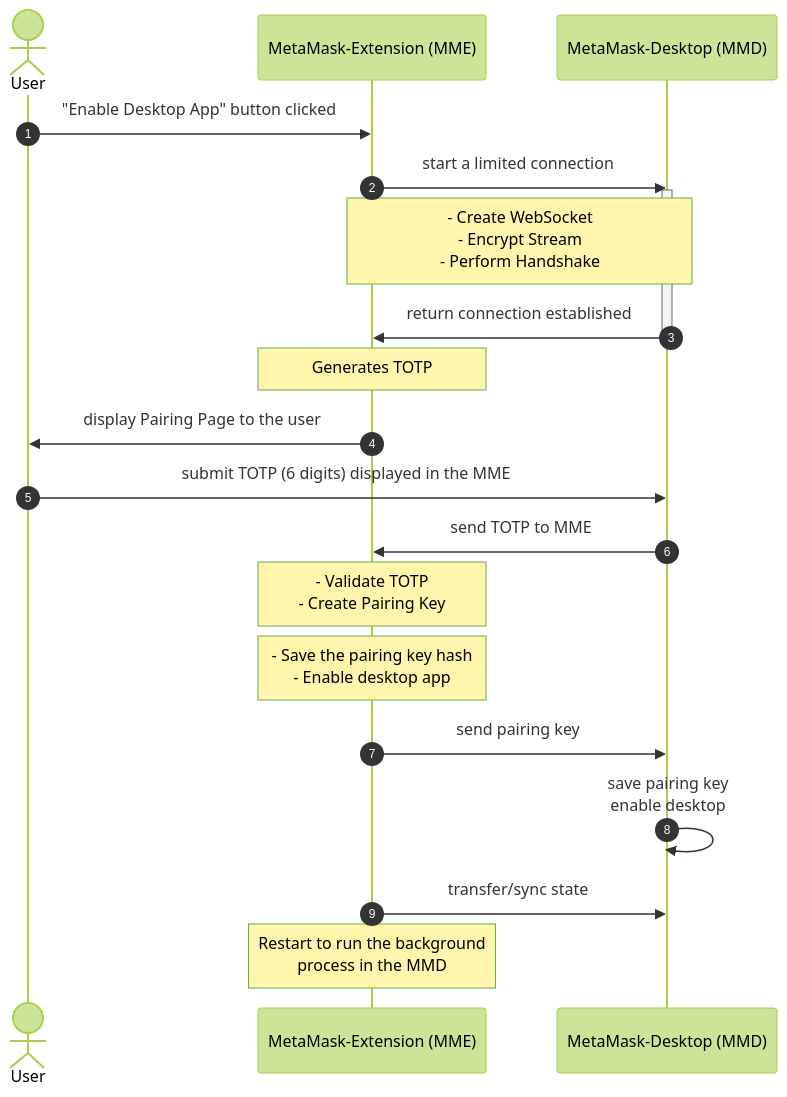
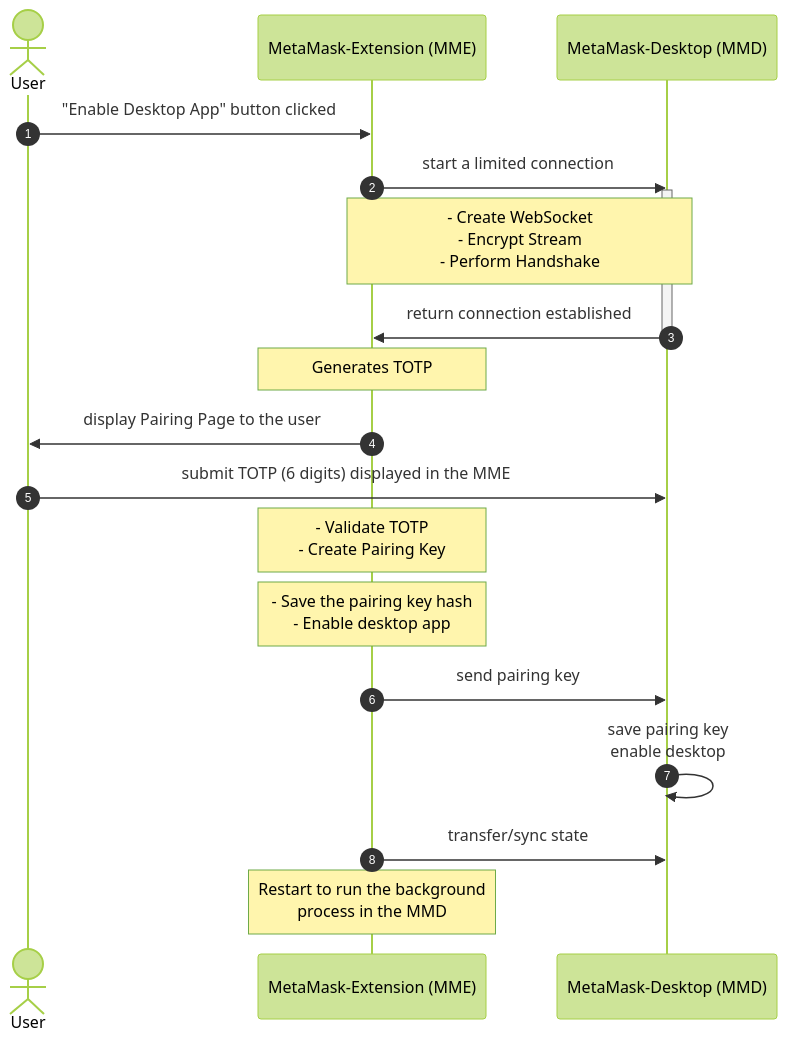
Before and after one commit to MetaMask/metamask-desktop: the diagram in docs/totp-pairing-flow.md, drawn with Mermaid (forest theme). The commit also changed other lines of this file, not shown here.

Commit message:
fix: update pairing flow documentation

````diff
--- a/docs/totp-pairing-flow.md
+++ b/docs/totp-pairing-flow.md
@@ -7,25 +7,24 @@
 ```mermaid
 sequenceDiagram
  autonumber
     actor User
     participant MME as MetaMask-Extension (MME)
     participant MMD as MetaMask-Desktop (MMD)
     User->>MME: "Enable Desktop App" button clicked
         MME->>MMD: start a limited connection
         activate MMD
         Note over MME,MMD: - Create WebSocket<br/>- Encrypt Stream<br/>- Perform Handshake
         MMD->>MME: return connection established
         deactivate MMD
         Note over MME: Generates TOTP
     MME->>User: display Pairing Page to the user
     User->>MMD: submit TOTP (6 digits) displayed in the MME
-    MMD->>MME: send TOTP to MME
     Note over MME: - Validate TOTP<br/>- Create Pairing Key
     Note over MME: - Save the pairing key hash<br/>- Enable desktop app
     MME->>MMD: send pairing key
     MMD->>MMD: save pairing key<br>enable desktop
     MME->>MMD: transfer/sync state
     Note over MME: Restart to run the background<br> process in the MMD
     
 
 ```
````
